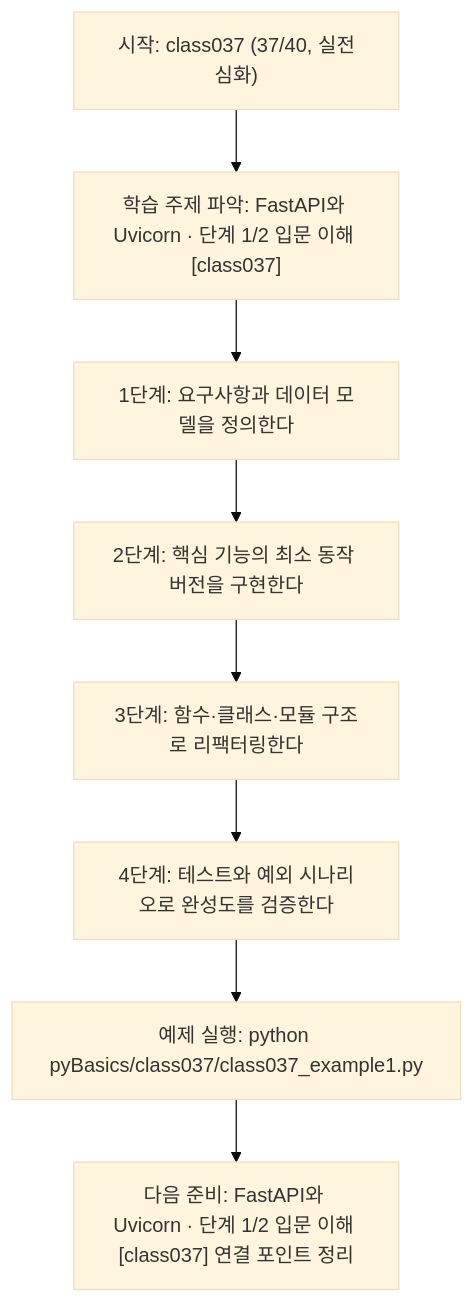
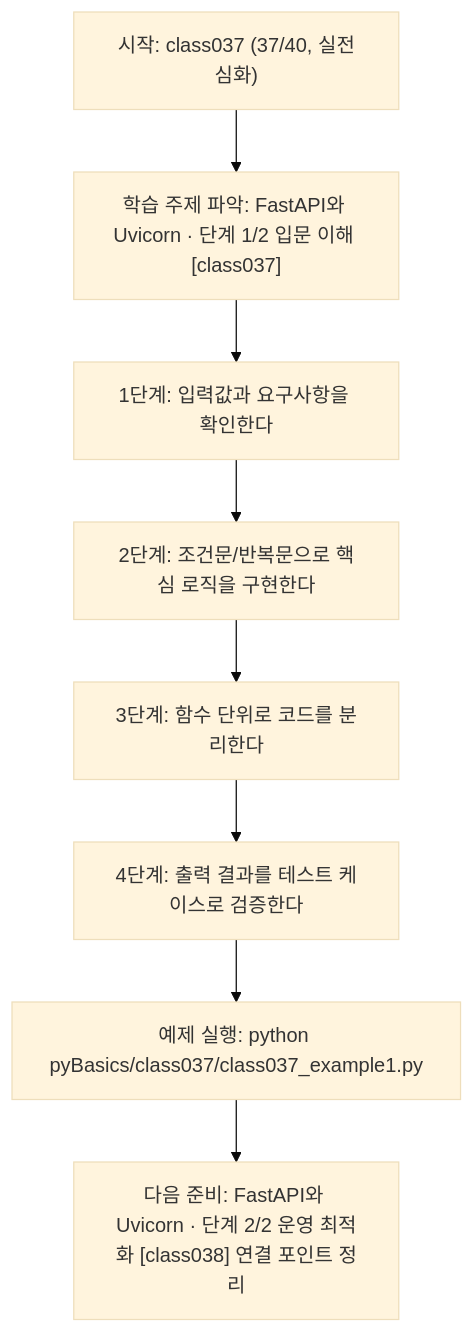
One commit to edumgt/Python-AI_Agent-Class changed the diagram in pyBasics/class037/class037.md. Above: the diagram before and after it, drawn with Mermaid (base theme). The commit also changed other lines of this file and 2370 other files, not shown here.

````diff
--- a/pyBasics/class037/class037.md
+++ b/pyBasics/class037/class037.md
@@ -108,18 +91,18 @@
 ```mermaid
 flowchart TD
 N1["시작: class037 (37/40, 실전심화)"]
 N2["학습 주제 파악: FastAPI와 Uvicorn · 단계 1/2 입문 이해 [class037]"]
-N3["1단계: 요구사항과 데이터 모델을 정의한다"]
-N4["2단계: 핵심 기능의 최소 동작 버전을 구현한다"]
-N5["3단계: 함수·클래스·모듈 구조로 리팩터링한다"]
-N6["4단계: 테스트와 예외 시나리오로 완성도를 검증한다"]
+N3["1단계: 입력값과 요구사항을 확인한다"]
+N4["2단계: 조건문/반복문으로 핵심 로직을 구현한다"]
+N5["3단계: 함수 단위로 코드를 분리한다"]
+N6["4단계: 출력 결과를 테스트 케이스로 검증한다"]
 N7["예제 실행: python pyBasics/class037/class037_example1.py"]
-N8["다음 준비: FastAPI와 Uvicorn · 단계 1/2 입문 이해 [class037] 연결 포인트 정리"]
+N8["다음 준비: FastAPI와 Uvicorn · 단계 2/2 운영 최적화 [class038] 연결 포인트 정리"]
 N1 --> N2
 N2 --> N3
 N3 --> N4
 N4 --> N5
 N5 --> N6
 N6 --> N7
 N7 --> N8
 ```
````
